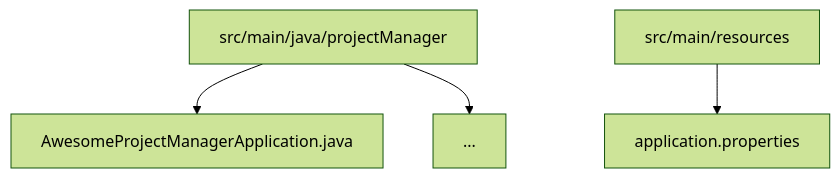
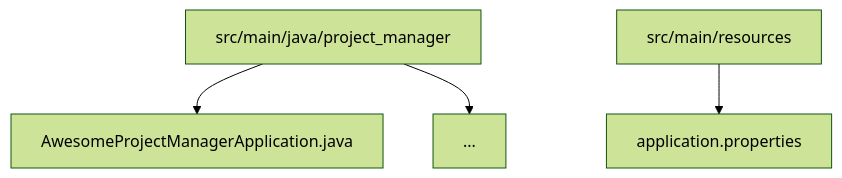
Before and after one commit to lgarbayo/project-manager-API-Rest: the second of 2 diagrams in README.md, drawn with Mermaid (forest theme).

````diff
--- a/README.md
+++ b/README.md
@@ -33,8 +33,8 @@
 ```mermaid
 graph TD
-  A[src/main/java/projectManager]
+  A[src/main/java/project_manager]
   A --> B[AwesomeProjectManagerApplication.java]
   A --> C[...]
   D[src/main/resources]
   D --> D1[application.properties]
 ```
````
